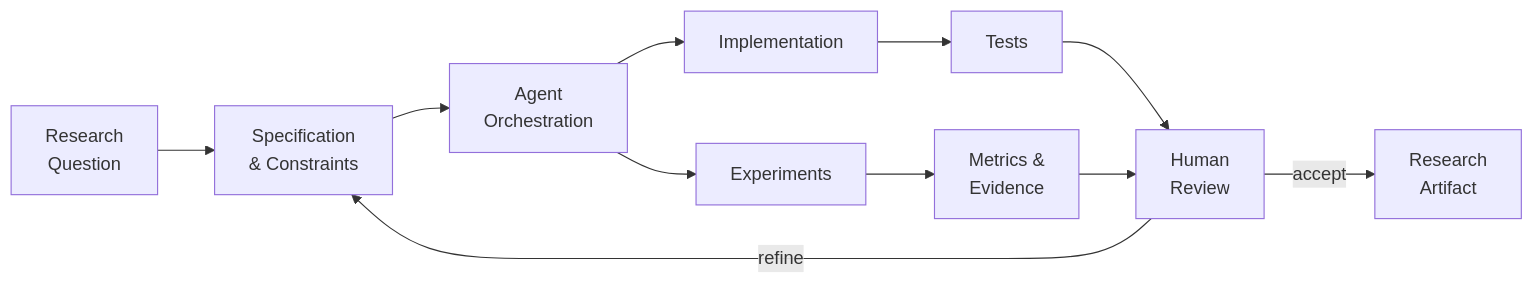
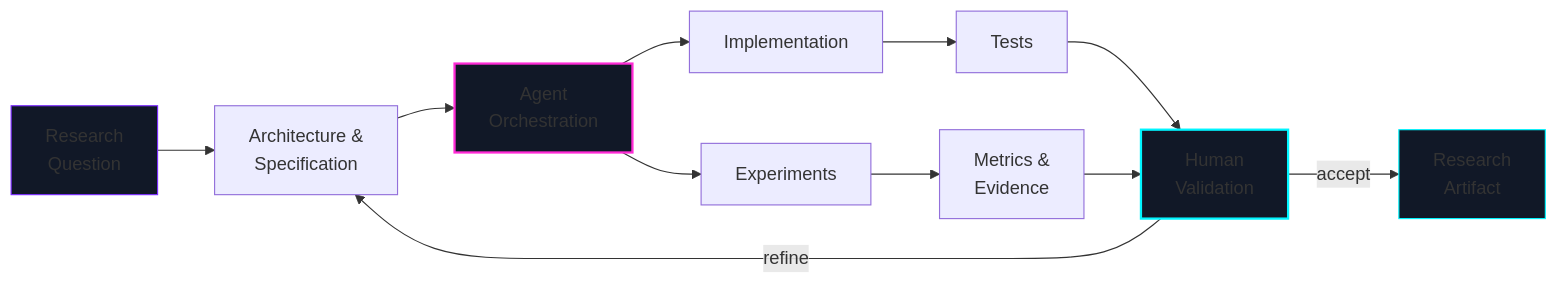
One commit to lebedeffson/lebedeffson changed the second of 2 diagrams in README.md. Above: the diagram before and after it, drawn with Mermaid. The commit also changed other lines of this file, not shown here.

````diff
--- a/README.md
+++ b/README.md
@@ -273,31 +238,37 @@
 ```mermaid
 flowchart LR
 
     Q["Research<br/>Question"]
-    S["Specification<br/>& Constraints"]
-    O["Agent<br/>Orchestration"]
+    S["Architecture &<br/>Specification"]
+    A["Agent<br/>Orchestration"]
 
     C["Implementation"]
     E["Experiments"]
 
     T["Tests"]
     M["Metrics &<br/>Evidence"]
 
-    H["Human<br/>Review"]
+    H["Human<br/>Validation"]
+
     R["Research<br/>Artifact"]
 
     Q --> S
-    S --> O
+    S --> A
 
-    O --> C
-    O --> E
+    A --> C
+    A --> E
 
     C --> T
     E --> M
 
     T --> H
     M --> H
 
+    H -->|"refine"| S
     H -->|"accept"| R
-    H -->|"refine"| S
+
+    style A fill:#111827,stroke:#FF2BD6,stroke-width:2px
+    style H fill:#111827,stroke:#00F5FF,stroke-width:2px
+    style Q fill:#111827,stroke:#7B2CFF
+    style R fill:#111827,stroke:#00F5FF
 ```
````
